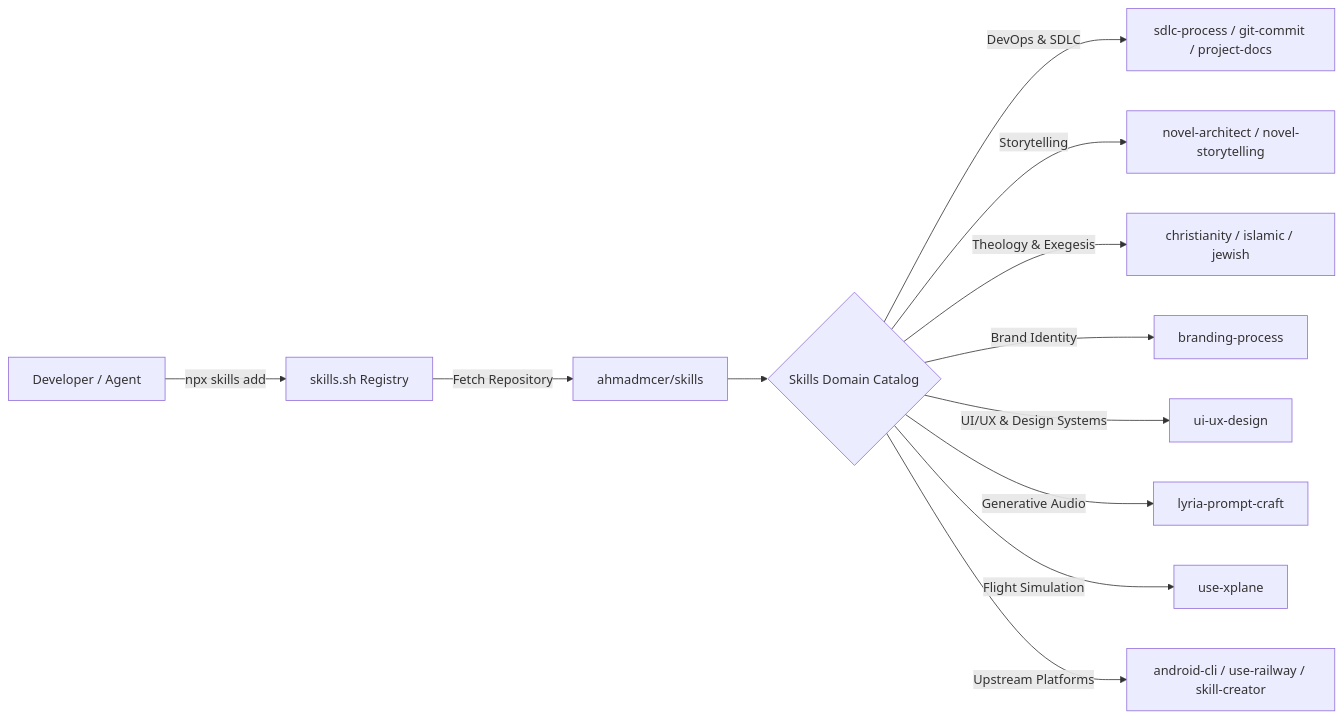
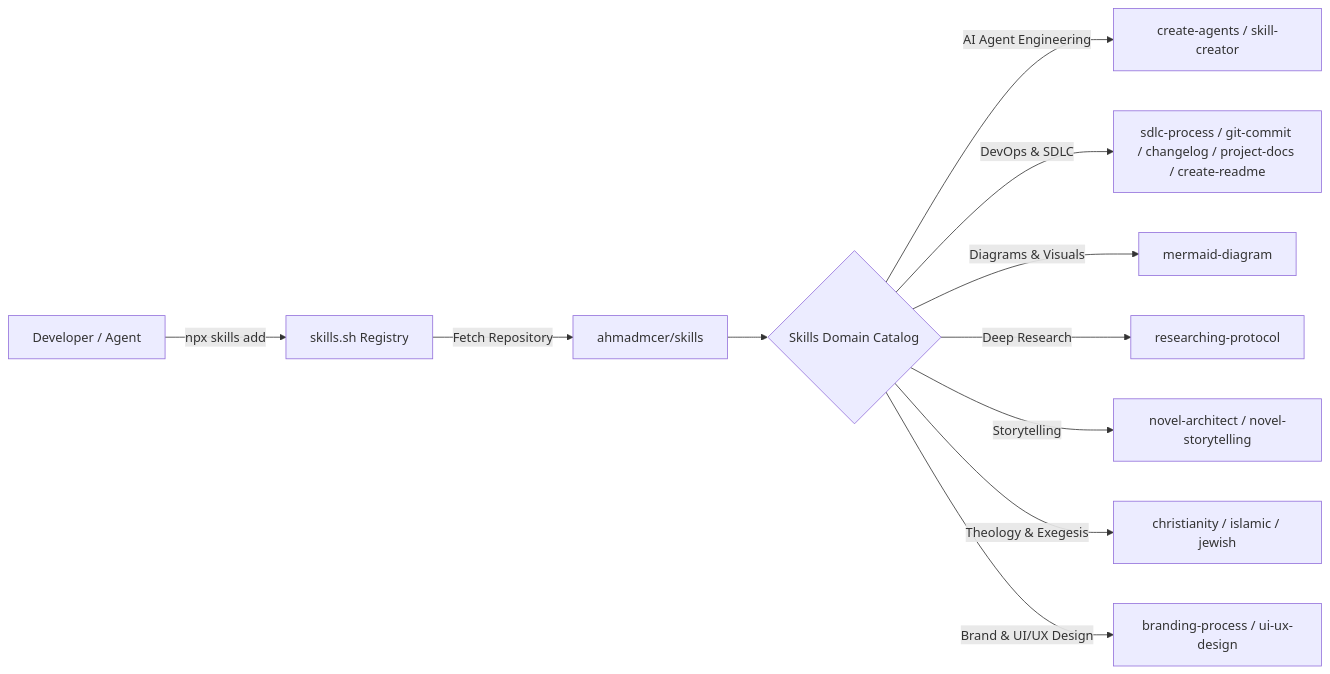
One commit to ahmadmcer/skills changed the diagram in README.md. Above: the diagram before and after it, drawn with Mermaid. The commit also changed other lines of this file and 4 other files, not shown here.

````diff
--- a/README.md
+++ b/README.md
@@ -17,14 +17,13 @@
 ```mermaid
 flowchart LR
     A["Developer / Agent"] -->|npx skills add| B["skills.sh Registry"]
     B -->|Fetch Repository| C["ahmadmcer/skills"]
     C --> D{"Skills Domain Catalog"}
-    D -->|DevOps & SDLC| E["sdlc-process / git-commit / project-docs"]
-    D -->|Storytelling| F["novel-architect / novel-storytelling"]
-    D -->|Theology & Exegesis| G["christianity / islamic / jewish"]
-    D -->|Brand Identity| H["branding-process"]
-    D -->|UI/UX & Design Systems| L["ui-ux-design"]
-    D -->|Generative Audio| I["lyria-prompt-craft"]
-    D -->|Flight Simulation| K["use-xplane"]
-    D -->|Upstream Platforms| J["android-cli / use-railway / skill-creator"]
+    D -->|AI Agent Engineering| E["create-agents / skill-creator"]
+    D -->|DevOps & SDLC| F["sdlc-process / git-commit / changelog / project-docs / create-readme"]
+    D -->|Diagrams & Visuals| G["mermaid-diagram"]
+    D -->|Deep Research| H["researching-protocol"]
+    D -->|Storytelling| I["novel-architect / novel-storytelling"]
+    D -->|Theology & Exegesis| J["christianity / islamic / jewish"]
+    D -->|Brand & UI/UX Design| K["branding-process / ui-ux-design"]
 ```
````
